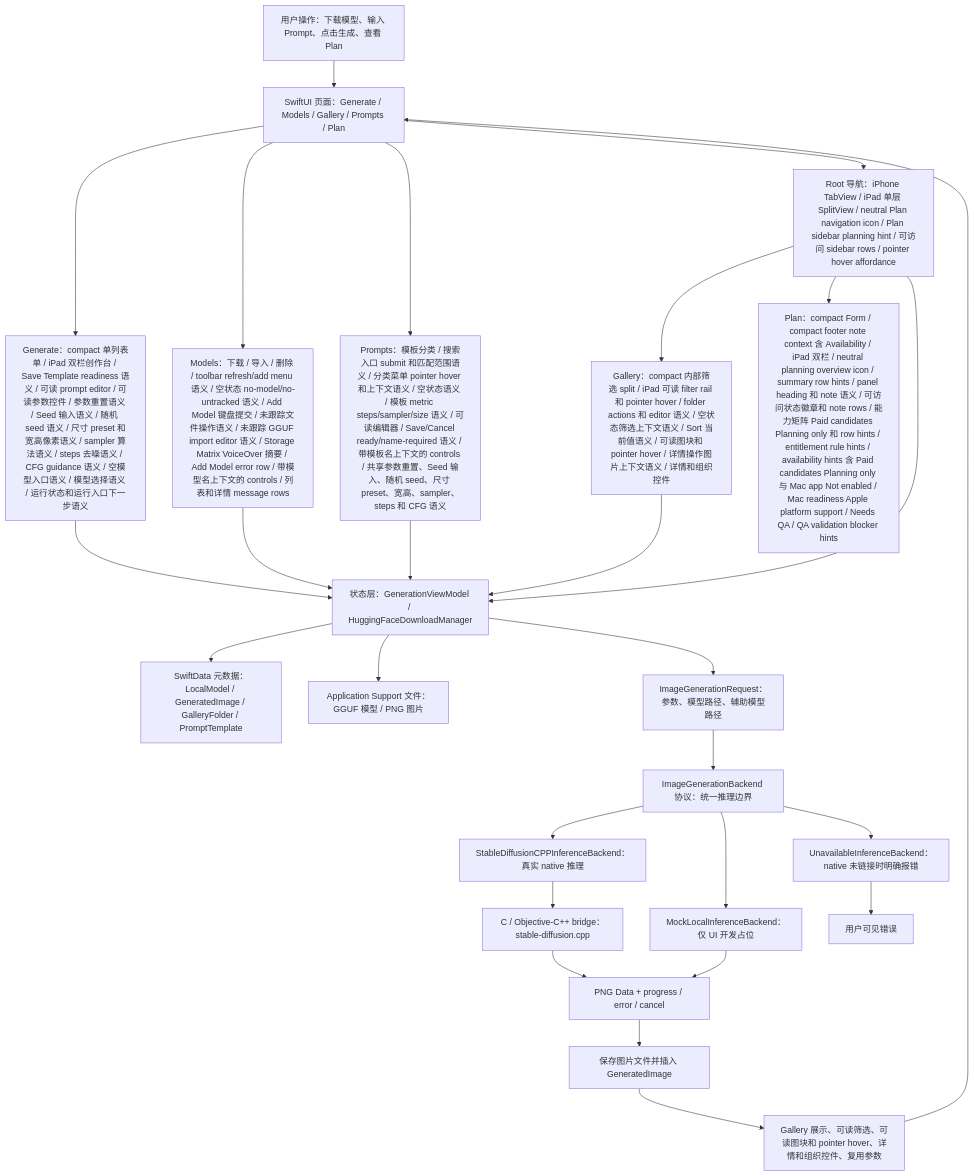
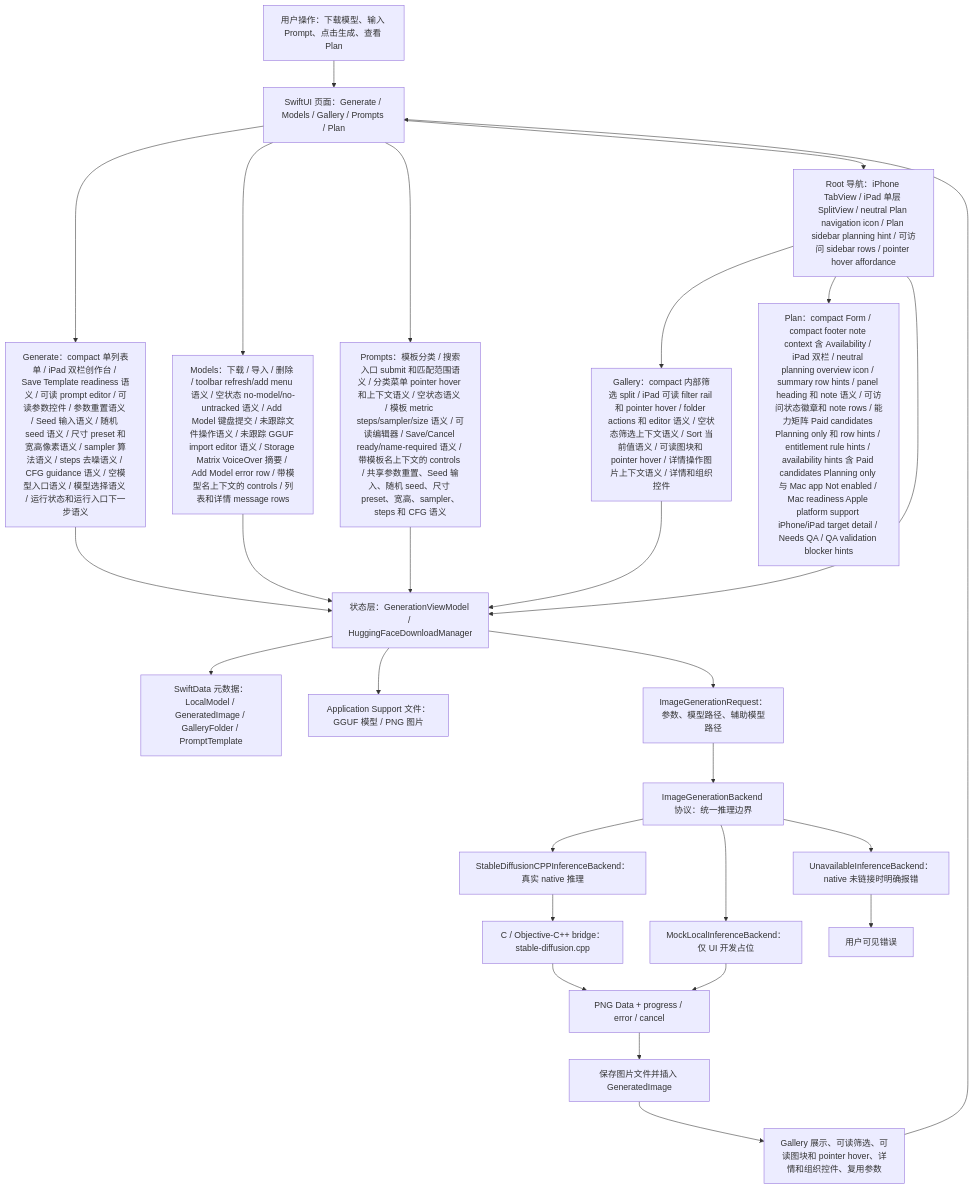
One commit to Altman-sam114/118 changed the first of 7 diagrams in md/flow/flowchart.md. Above: the diagram before and after it, drawn with Mermaid. The commit also changed 5 other files, not shown here.

First line of the commit message:
v1.77: Mac platform support detail copy

````diff
--- a/md/flow/flowchart.md
+++ b/md/flow/flowchart.md
@@ -9,29 +9,29 @@
 ```mermaid
 flowchart TD
   U["用户操作：下载模型、输入 Prompt、点击生成、查看 Plan"] --> UI["SwiftUI 页面：Generate / Models / Gallery / Prompts / Plan"]
   UI --> GENUI["Generate：compact 单列表单 / iPad 双栏创作台 / Save Template readiness 语义 / 可读 prompt editor / 可读参数控件 / 参数重置语义 / Seed 输入语义 / 随机 seed 语义 / 尺寸 preset 和宽高像素语义 / sampler 算法语义 / steps 去噪语义 / CFG guidance 语义 / 空模型入口语义 / 模型选择语义 / 运行状态和运行入口下一步语义"]
   UI --> MODELUI["Models：下载 / 导入 / 删除 / toolbar refresh/add menu 语义 / 空状态 no-model/no-untracked 语义 / Add Model 键盘提交 / 未跟踪文件操作语义 / 未跟踪 GGUF import editor 语义 / Storage Matrix VoiceOver 摘要 / Add Model error row / 带模型名上下文的 controls / 列表和详情 message rows"]
   UI --> PROMPTUI["Prompts：模板分类 / 搜索入口 submit 和匹配范围语义 / 分类菜单 pointer hover 和上下文语义 / 空状态语义 / 模板 metric steps/sampler/size 语义 / 可读编辑器 / Save/Cancel ready/name-required 语义 / 带模板名上下文的 controls / 共享参数重置、Seed 输入、随机 seed、尺寸 preset、宽高、sampler、steps 和 CFG 语义"]
   UI --> NAV["Root 导航：iPhone TabView / iPad 单层 SplitView / neutral Plan navigation icon / Plan sidebar planning hint / 可访问 sidebar rows / pointer hover affordance"]
   NAV --> GALUI["Gallery：compact 内部筛选 split / iPad 可读 filter rail 和 pointer hover / folder actions 和 editor 语义 / 空状态筛选上下文语义 / Sort 当前值语义 / 可读图块和 pointer hover / 详情操作图片上下文语义 / 详情和组织控件"]
-  NAV --> PLANUI["Plan：compact Form / compact footer note context 含 Availability / iPad 双栏 / neutral planning overview icon / summary row hints / panel heading 和 note 语义 / 可访问状态徽章和 note rows / 能力矩阵 Paid candidates Planning only 和 row hints / entitlement rule hints / availability hints 含 Paid candidates Planning only 与 Mac app Not enabled / Mac readiness Apple platform support / Needs QA / QA validation blocker hints"]
+  NAV --> PLANUI["Plan：compact Form / compact footer note context 含 Availability / iPad 双栏 / neutral planning overview icon / summary row hints / panel heading 和 note 语义 / 可访问状态徽章和 note rows / 能力矩阵 Paid candidates Planning only 和 row hints / entitlement rule hints / availability hints 含 Paid candidates Planning only 与 Mac app Not enabled / Mac readiness Apple platform support iPhone/iPad target detail / Needs QA / QA validation blocker hints"]
   NAV --> VM["状态层：GenerationViewModel / HuggingFaceDownloadManager"]
   GENUI --> VM
   MODELUI --> VM
   PROMPTUI --> VM
   GALUI --> VM
   VM --> SD["SwiftData 元数据：LocalModel / GeneratedImage / GalleryFolder / PromptTemplate"]
   VM --> FS["Application Support 文件：GGUF 模型 / PNG 图片"]
   VM --> REQ["ImageGenerationRequest：参数、模型路径、辅助模型路径"]
   REQ --> IFACE["ImageGenerationBackend 协议：统一推理边界"]
   IFACE --> NATIVE["StableDiffusionCPPInferenceBackend：真实 native 推理"]
   IFACE --> MOCK["MockLocalInferenceBackend：仅 UI 开发占位"]
   IFACE --> OFF["UnavailableInferenceBackend：native 未链接时明确报错"]
   NATIVE --> BRIDGE["C / Objective-C++ bridge：stable-diffusion.cpp"]
   BRIDGE --> PNG["PNG Data + progress / error / cancel"]
   MOCK --> PNG
   OFF --> ERR["用户可见错误"]
   PNG --> SAVE["保存图片文件并插入 GeneratedImage"]
   SAVE --> GALLERY["Gallery 展示、可读筛选、可读图块和 pointer hover、详情和组织控件、复用参数"]
   GALLERY --> UI
 ```
````
